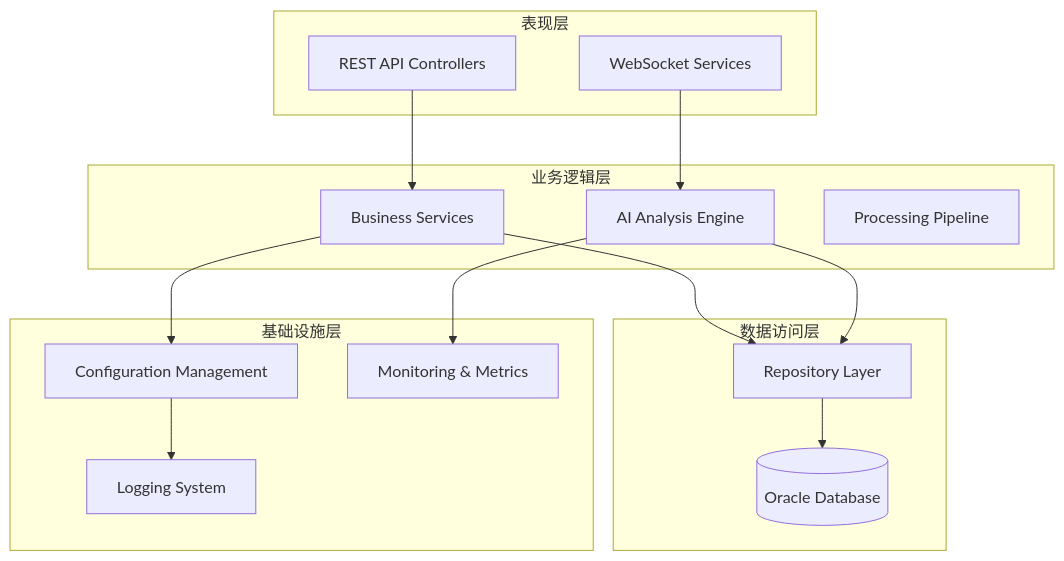
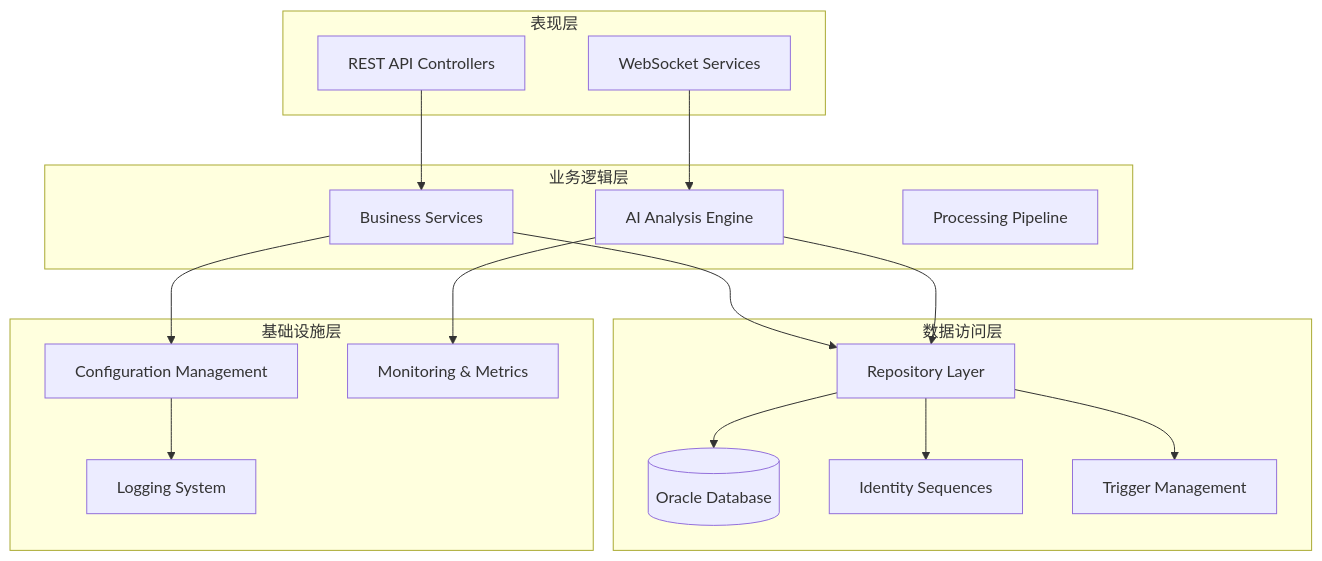
Before and after one commit to liuzh2008/med_ai_assistant_workspace: the second of 11 diagrams in .qoder/repowiki/zh/content/核心功能模块/DRG分析系统增强.md, drawn with Mermaid. The commit also changed other lines of this file and 6 other files, not shown here.

````diff
--- a/.qoder/repowiki/zh/content/核心功能模块/DRG分析系统增强.md
+++ b/.qoder/repowiki/zh/content/核心功能模块/DRG分析系统增强.md
@@ -117,29 +129,33 @@
 ```mermaid
 graph TB
 subgraph "表现层"
 API[REST API Controllers]
 WS[WebSocket Services]
 end
 subgraph "业务逻辑层"
 SVC[Business Services]
 AI[AI Analysis Engine]
 PROC[Processing Pipeline]
 end
 subgraph "数据访问层"
 REPO[Repository Layer]
 DB[(Oracle Database)]
+SEQ[Identity Sequences]
+TRIG[Trigger Management]
 end
 subgraph "基础设施层"
 CFG[Configuration Management]
 MON[Monitoring & Metrics]
 LOG[Logging System]
 end
 API --> SVC
 WS --> AI
 SVC --> REPO
 AI --> REPO
 REPO --> DB
+REPO --> SEQ
+REPO --> TRIG
 SVC --> CFG
 AI --> MON
 CFG --> LOG
 ```
````
